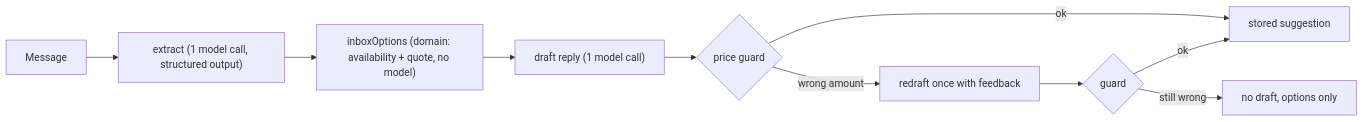
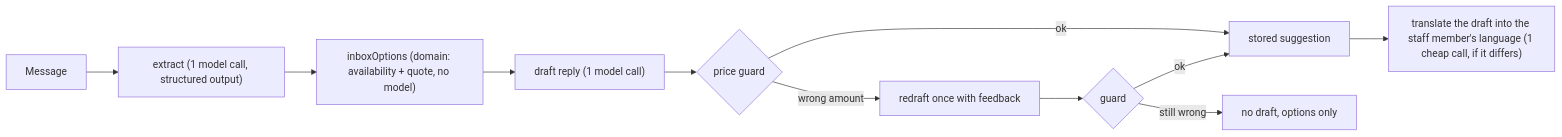
One commit to davidkochprg/orbit-pms changed the second of 2 diagrams in docs/ai.md. Above: the diagram before and after it, drawn with Mermaid. The commit also changed other lines of this file and 64 other files, not shown here.

````diff
--- a/docs/ai.md
+++ b/docs/ai.md
@@ -81,11 +81,12 @@
 ```mermaid
 flowchart LR
   M[Message] --> E["extract (1 model call, structured output)"]
   E --> O["inboxOptions (domain: availability + quote, no model)"]
   O --> D["draft reply (1 model call)"]
   D --> G{price guard}
   G -- ok --> S[stored suggestion]
   G -- wrong amount --> D2["redraft once with feedback"] --> G2{guard}
   G2 -- ok --> S
   G2 -- still wrong --> N["no draft, options only"]
+  S --> T["translate the draft into the staff member's language (1 cheap call, if it differs)"]
 ```
````
